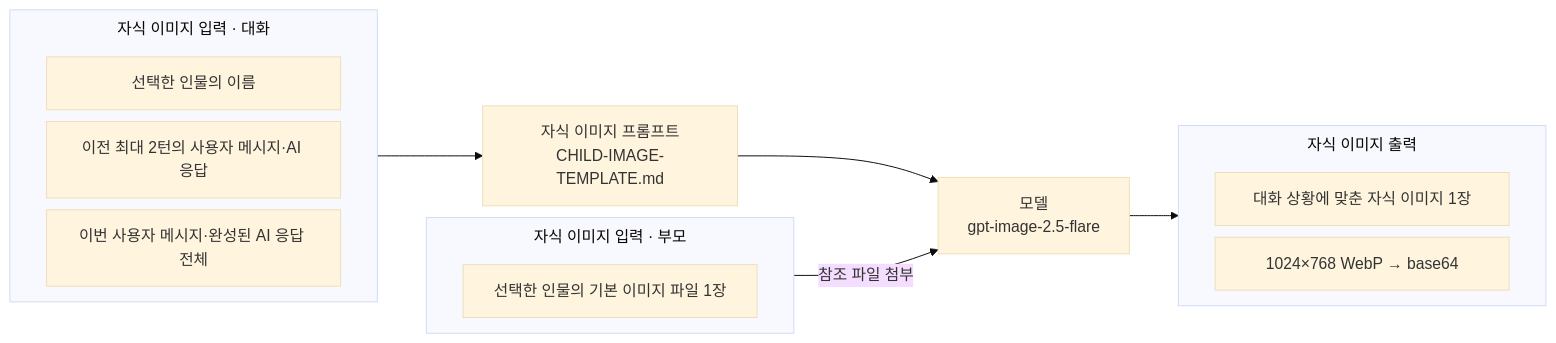
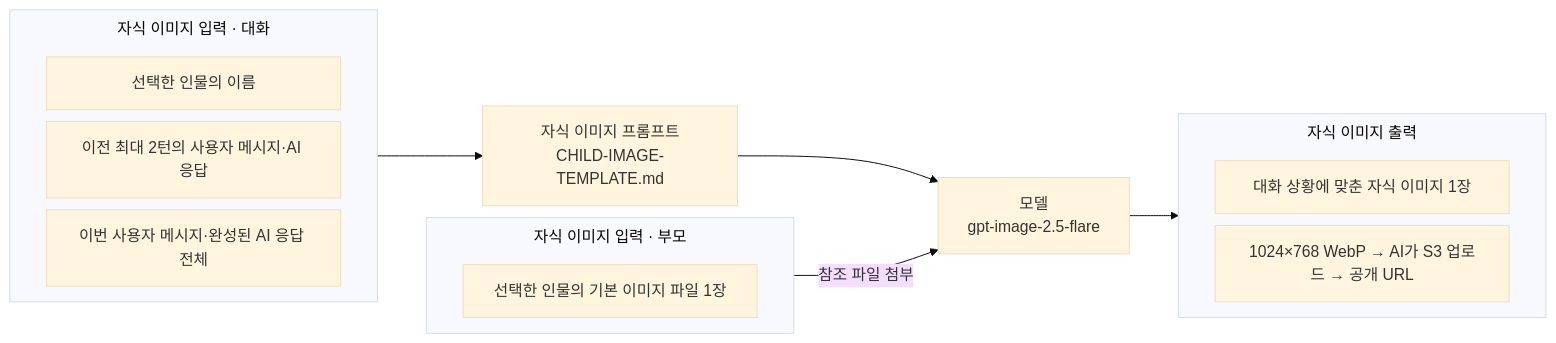
Before and after one commit to KIM-N-KANG/knk-harness: diagram 14 of 25 in docs/spec/5-ai-server-spec.md, drawn with Mermaid (base theme). The commit also changed other lines of this file and 2 other files, not shown here.

Commit message:
[KNK-1289] Docs: 자식 이미지 직접 업로드 구현을 AI 명세에 반영 (#224)

````diff
--- a/docs/spec/5-ai-server-spec.md
+++ b/docs/spec/5-ai-server-spec.md
@@ -485,25 +486,25 @@
 ```mermaid
 %%{init: {"flowchart": {"nodeSpacing": 12, "subGraphTitleMargin": {"top": 8, "bottom": 24}}}}%%
 flowchart LR
     subgraph I["자식 이미지 입력 · 대화"]
         direction LR
         I_item1["<div style='width:240px;text-align:center;'><span>선택한 인물의 이름</span></div>"]
         I_item2["<div style='width:240px;text-align:center;'><span>이전 최대 2턴의 사용자 메시지·AI 응답</span></div>"]
         I_item3["<div style='width:240px;text-align:center;'><span>이번 사용자 메시지·완성된 AI 응답 전체</span></div>"]
     end
     subgraph R["자식 이미지 입력 · 부모"]
         direction LR
         R_item1["<div style='width:240px;text-align:center;'><span>선택한 인물의 기본 이미지 파일 1장</span></div>"]
     end
     P["자식 이미지 프롬프트<br/>CHILD-IMAGE-TEMPLATE.md"]
     M["모델<br/>gpt-image-2.5-flare"]
     subgraph O["자식 이미지 출력"]
         direction LR
         O_item1["<div style='width:240px;text-align:center;'><span>대화 상황에 맞춘 자식 이미지 1장</span></div>"]
-        O_item2["<div style='width:240px;text-align:center;'><span>1024×768 WebP → base64</span></div>"]
+        O_item2["<div style='width:240px;text-align:center;'><span>1024×768 WebP → AI가 S3 업로드 → 공개 URL</span></div>"]
     end
     I --> P
     P --> M
     R -->|참조 파일 첨부| M
     M --> O
 ```
````
